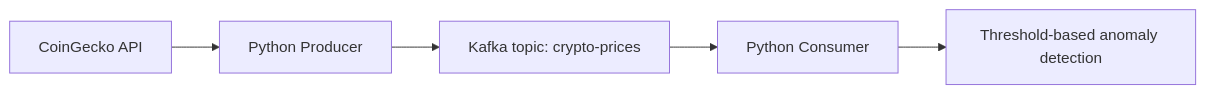
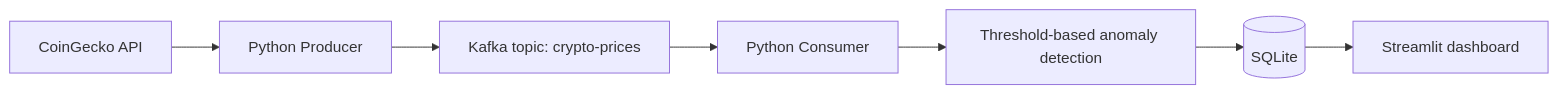
The diagram in README.md (DanielC34/crypto-anomaly-detector), drawn with Mermaid before and after one commit. The commit also changed other lines of this file and 1 other file, not shown here.

Commit message:
feat: filter dashboard data by source

````diff
--- a/README.md
+++ b/README.md
@@ -7,7 +7,9 @@
 ```mermaid
 flowchart LR
     API[CoinGecko API] --> Producer[Python Producer]
     Producer --> Topic[Kafka topic: crypto-prices]
     Topic --> Consumer[Python Consumer]
     Consumer --> Detector[Threshold-based anomaly detection]
+    Detector --> Database[(SQLite)]
+    Database --> Dashboard[Streamlit dashboard]
 ```
````
